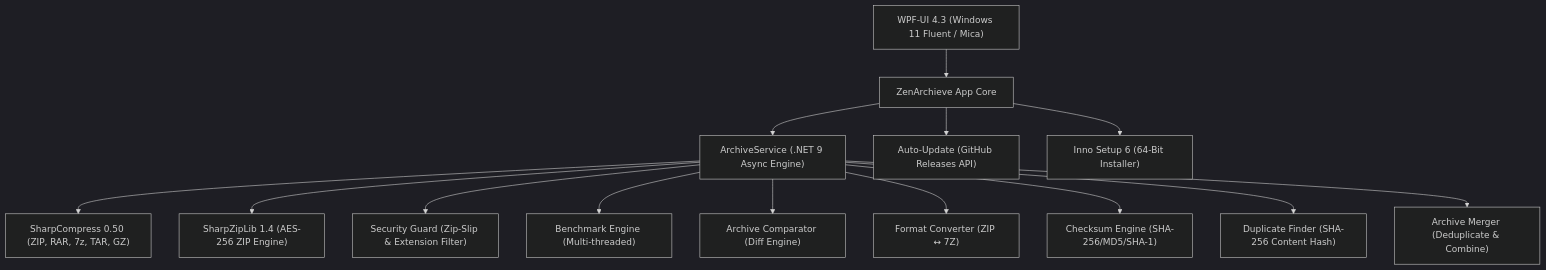
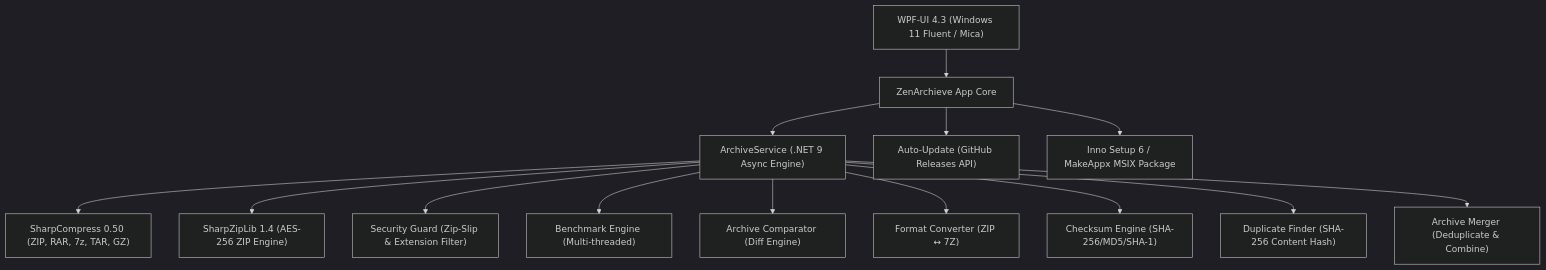
The diagram in README.md (Tabish955/ZenArchieve), drawn with Mermaid (dark theme) before and after one commit. The commit also changed other lines of this file and 18 other files, not shown here.

````diff
--- a/README.md
+++ b/README.md
@@ -194,16 +249,16 @@
 ```mermaid
 graph TD
     UI["WPF-UI 4.3 (Windows 11 Fluent / Mica)"] --> App["ZenArchieve App Core"]
     App --> Service["ArchiveService (.NET 9 Async Engine)"]
     Service --> SC["SharpCompress 0.50 (ZIP, RAR, 7z, TAR, GZ)"]
     Service --> SZ["SharpZipLib 1.4 (AES-256 ZIP Engine)"]
     Service --> Sec["Security Guard (Zip-Slip & Extension Filter)"]
     Service --> Bench["Benchmark Engine (Multi-threaded)"]
     Service --> Compare["Archive Comparator (Diff Engine)"]
     Service --> Convert["Format Converter (ZIP ↔ 7Z)"]
     Service --> Hash["Checksum Engine (SHA-256/MD5/SHA-1)"]
     Service --> Dupes["Duplicate Finder (SHA-256 Content Hash)"]
     Service --> Merge["Archive Merger (Deduplicate & Combine)"]
     App --> Update["Auto-Update (GitHub Releases API)"]
-    App --> Setup["Inno Setup 6 (64-Bit Installer)"]
+    App --> Setup["Inno Setup 6 / MakeAppx MSIX Package"]
 ```
````
